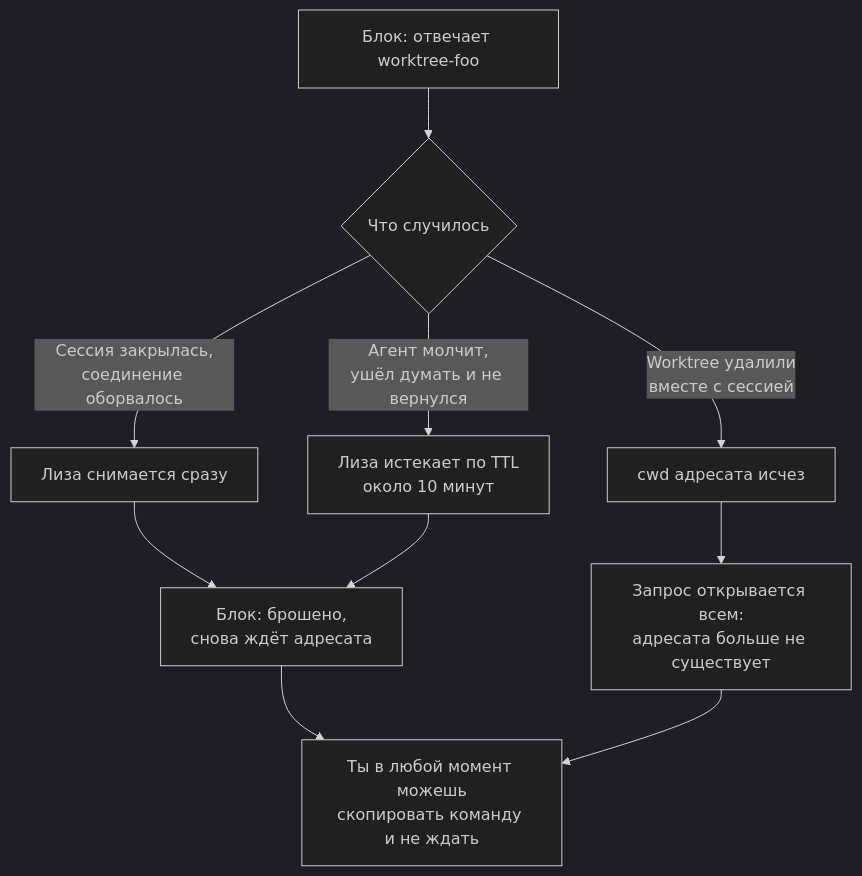
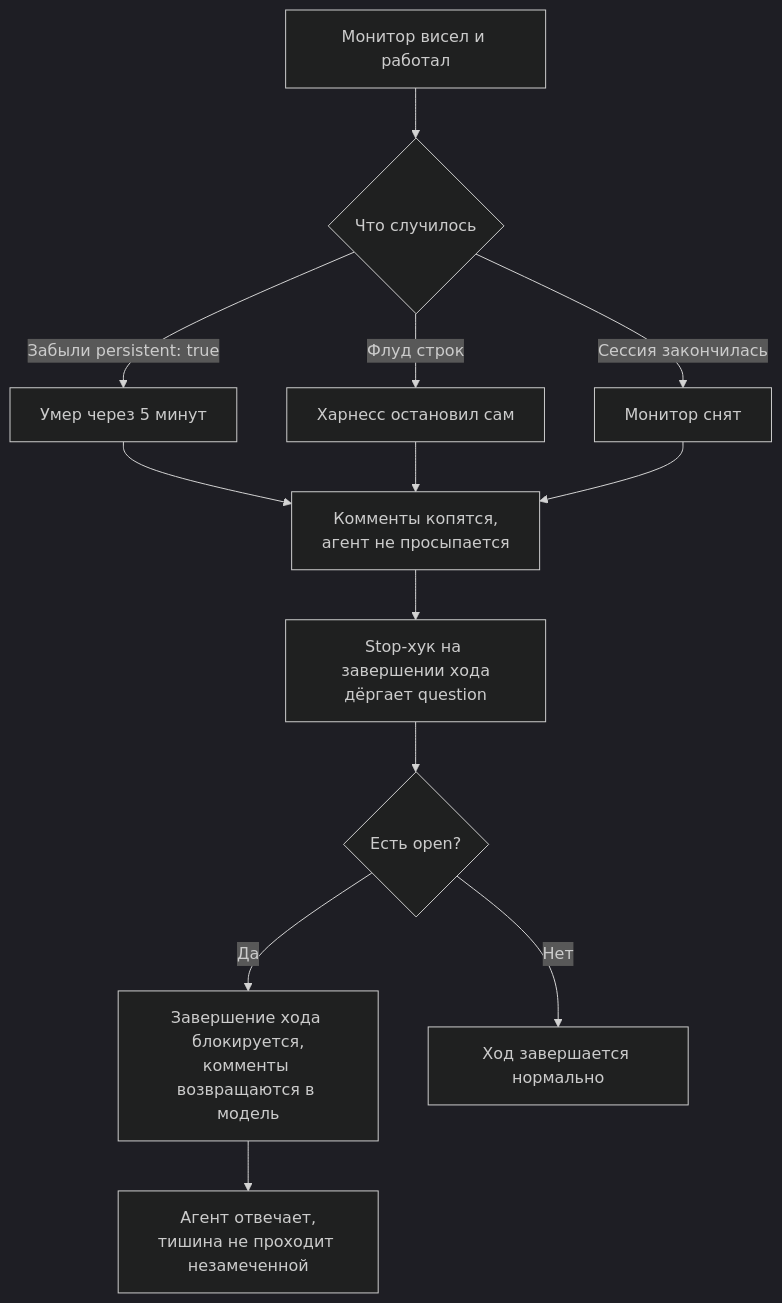
Before and after one commit to malinborn/mdmini: the fifth of 14 diagrams in docs/superpowers/specs/2026-08-23-document-requests-design.md, drawn with Mermaid (dark theme). The commit also changed other lines of this file, not shown here.

````diff
--- a/docs/superpowers/specs/2026-08-23-document-requests-design.md
+++ b/docs/superpowers/specs/2026-08-23-document-requests-design.md
@@ -159,12 +223,15 @@
 ```mermaid
 flowchart TD
-    A["Блок: отвечает worktree-foo"] --> B{"Что случилось"}
-    B -->|"Сессия закрылась,<br/>соединение оборвалось"| C["Лиза снимается сразу"]
-    B -->|"Агент молчит,<br/>ушёл думать и не вернулся"| D["Лиза истекает по TTL<br/>около 10 минут"]
-    B -->|"Worktree удалили<br/>вместе с сессией"| E["cwd адресата исчез"]
-    C --> F["Блок: брошено,<br/>снова ждёт адресата"]
+    A["Монитор висел и работал"] --> B{"Что случилось"}
+    B -->|"Забыли persistent: true"| C["Умер через 5 минут"]
+    B -->|"Флуд строк"| D["Харнесс остановил сам"]
+    B -->|"Сессия закончилась"| E["Монитор снят"]
+    C --> F["Комменты копятся,<br/>агент не просыпается"]
     D --> F
-    E --> G["Запрос открывается всем:<br/>адресата больше не существует"]
-    F --> H["Ты в любой момент можешь<br/>скопировать команду и не ждать"]
-    G --> H
+    E --> F
+    F --> G["Stop-хук на завершении хода<br/>дёргает question"]
+    G --> H{"Есть open?"}
+    H -->|"Да"| I["Завершение хода блокируется,<br/>комменты возвращаются в модель"]
+    H -->|"Нет"| J["Ход завершается нормально"]
+    I --> K["Агент отвечает,<br/>тишина не проходит незамеченной"]
 ```
````
